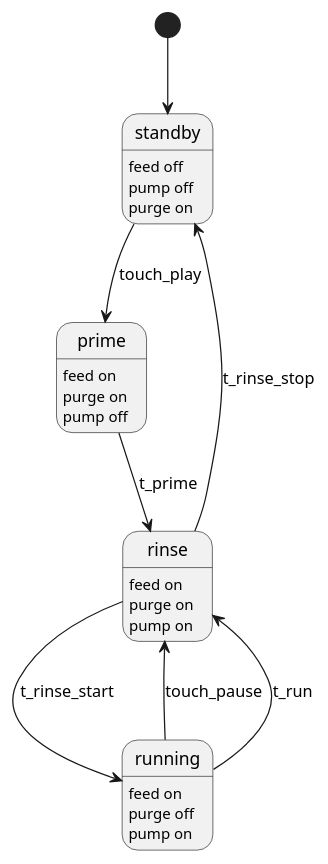
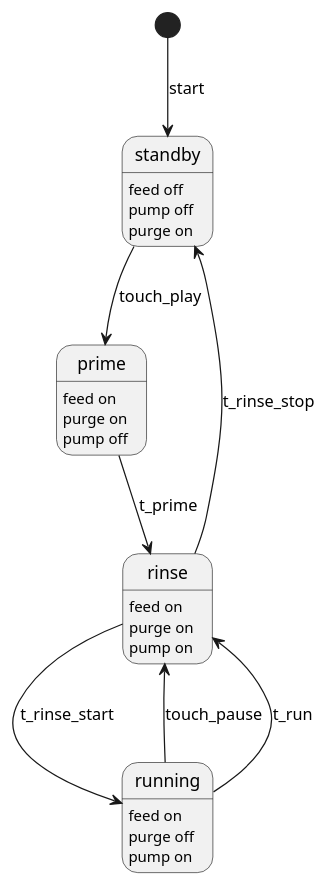
Before and after one commit to rlhatcher/aquarium: the diagram in water/water_state.puml, drawn with PlantUML. The commit also changed 2 other files, not shown here.

```diff
--- a/water/water_state.puml
+++ b/water/water_state.puml
@@ -1,36 +1,36 @@
 @startuml water_state
 hide empty description
 
 state standby {
   standby: feed off
   standby: pump off
   standby: purge on
 }
 
 state running {
   running : feed on
   running : purge off
   running : pump on
 }
 
 state prime {
   prime : feed on
   prime : purge on
   prime : pump off
 }
 
 state rinse {
   rinse : feed on
   rinse : purge on 
   rinse : pump on
 }
 
-[*] --> standby
+[*] --> standby : start
 standby --> prime : touch_play
 prime --> rinse : t_prime
 rinse --> running : t_rinse_start
 running --> rinse : touch_pause
 rinse --> standby : t_rinse_stop
 running --> rinse : t_run
 
 @enduml
```
